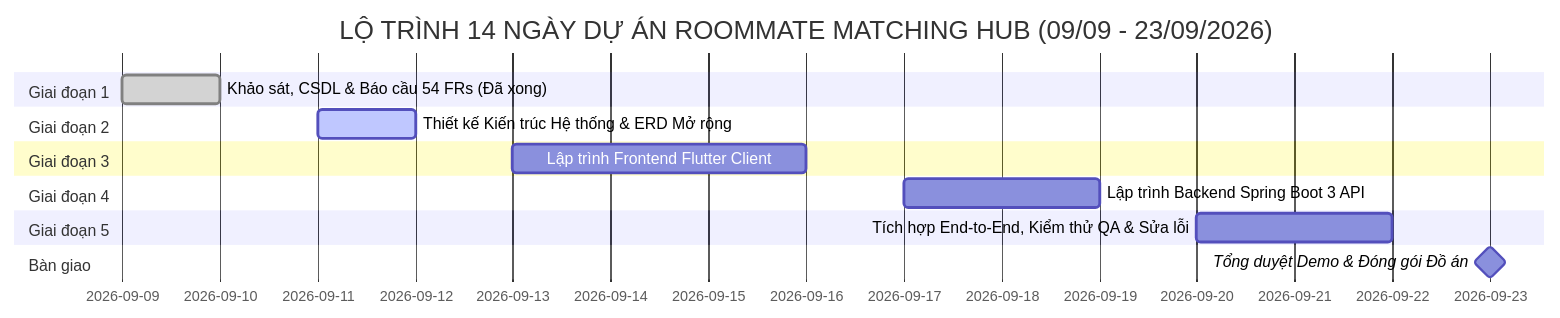
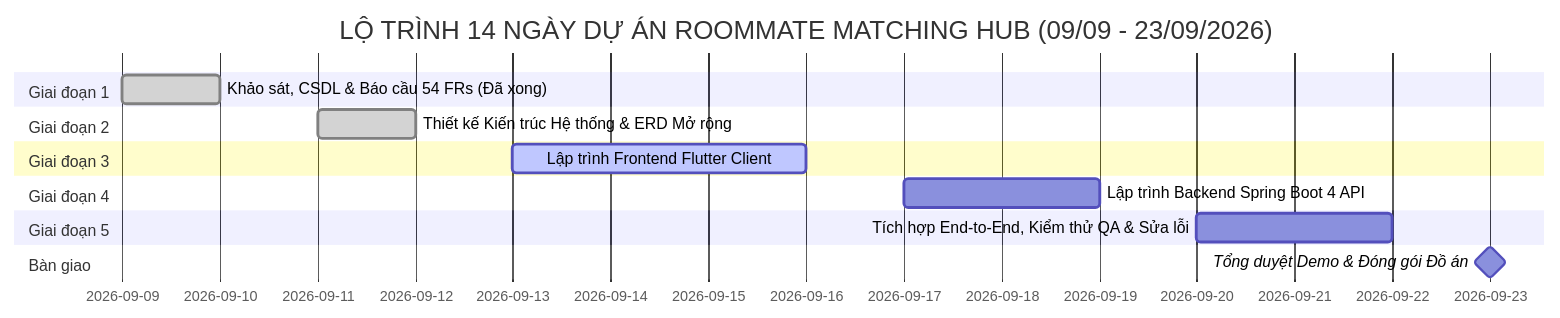
One commit to PHamHuy-23/Roomate-and-matching-app changed the diagram in TASK_ASSIGNMENTS.md. Above: the diagram before and after it, drawn with Mermaid. The commit also changed other lines of this file and 3 other files, not shown here.

````diff
--- a/TASK_ASSIGNMENTS.md
+++ b/TASK_ASSIGNMENTS.md
@@ -12,17 +20,17 @@
 ```mermaid
 gantt
     title LỘ TRÌNH 14 NGÀY DỰ ÁN ROOMMATE MATCHING HUB (09/09 - 23/09/2026)
     dateFormat  YYYY-MM-DD
     section Giai đoạn 1
     Khảo sát, CSDL & Báo cầu 54 FRs (Đã xong)   :done, p1, 2026-09-09, 2026-09-10
     section Giai đoạn 2
-    Thiết kế Kiến trúc Hệ thống & ERD Mở rộng   :active, p2, 2026-09-11, 2026-09-12
+    Thiết kế Kiến trúc Hệ thống & ERD Mở rộng   :done, p2, 2026-09-11, 2026-09-12
     section Giai đoạn 3
-    Lập trình Frontend Flutter Client          :p3, 2026-09-13, 2026-09-16
+    Lập trình Frontend Flutter Client          :active, p3, 2026-09-13, 2026-09-16
     section Giai đoạn 4
-    Lập trình Backend Spring Boot 3 API        :p4, 2026-09-17, 2026-09-19
+    Lập trình Backend Spring Boot 4 API        :p4, 2026-09-17, 2026-09-19
     section Giai đoạn 5
     Tích hợp End-to-End, Kiểm thử QA & Sửa lỗi :p5, 2026-09-20, 2026-09-22
     section Bàn giao
     Tổng duyệt Demo & Đóng gói Đồ án           :milestone, m1, 2026-09-23, 2026-09-23
 ```
````
